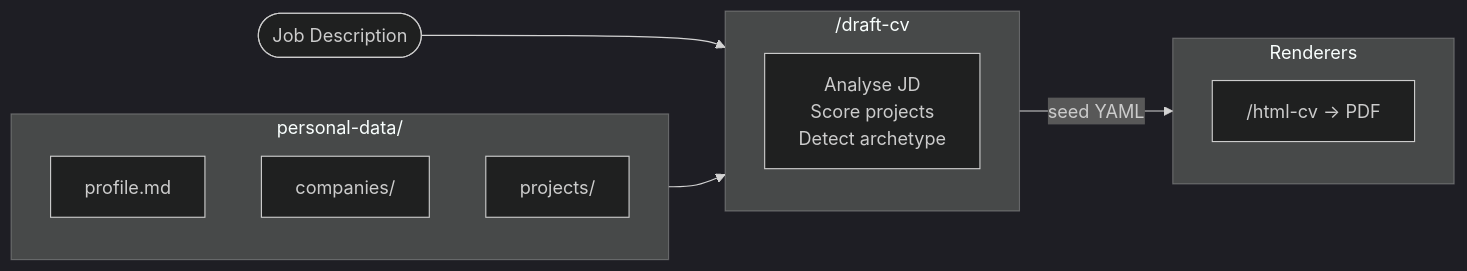
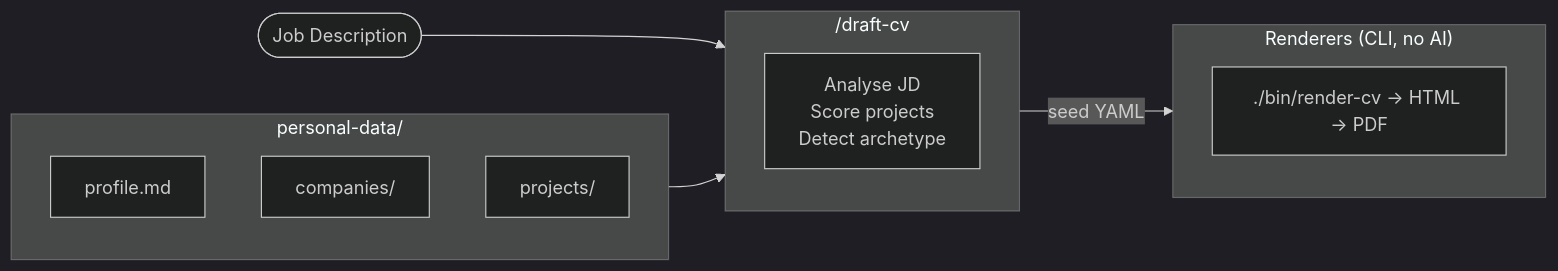
One commit to tiennt0212/cv-builder changed the diagram in README.md. Above: the diagram before and after it, drawn with Mermaid (dark theme). The commit also changed other lines of this file and 36 other files, not shown here.

First line of the commit message:
feat: replace html-cv/html-letter skills with deterministic Node.js + Handlebars CLI renderers (issue #8)

````diff
--- a/README.md
+++ b/README.md
@@ -11,25 +11,25 @@
 ```mermaid
 flowchart LR
     JD([Job Description])
 
     subgraph data ["personal-data/"]
         direction TB
         profile[profile.md]
         companies[companies/]
         projects[projects/]
     end
 
     subgraph draft ["/draft-cv"]
         direction TB
         dc["Analyse JD\nScore projects\nDetect archetype"]
     end
 
-    subgraph renderers ["Renderers"]
+    subgraph renderers ["Renderers (CLI, no AI)"]
         direction TB
-        html["/html-cv → PDF"]
+        html["./bin/render-cv → HTML → PDF"]
     end
 
     JD --> draft
     data --> draft
     draft -->|seed YAML| renderers
 ```
````
